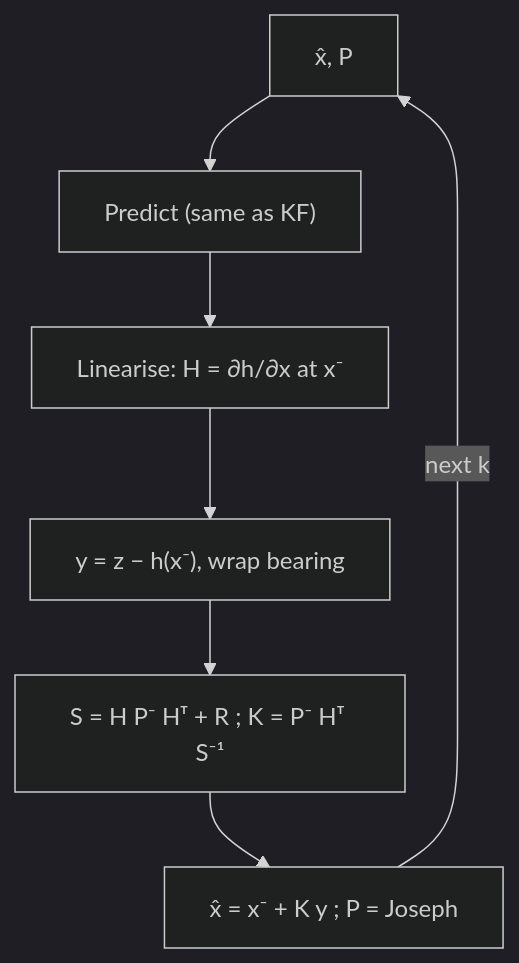
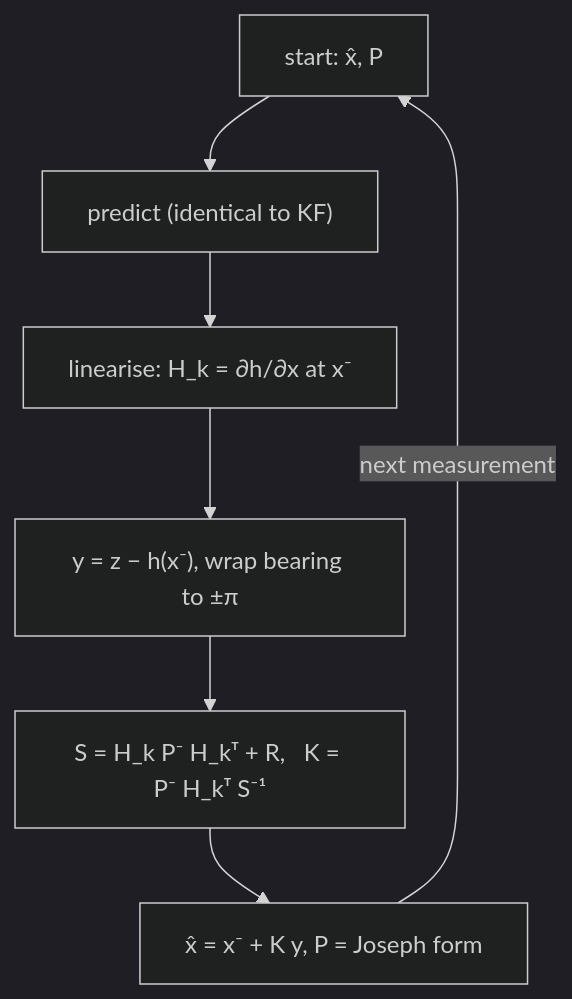
The third of 7 diagrams in golang/README.md (ursa-mikail/kalman_and_particle_filter_demo), drawn with Mermaid (dark theme) before and after one commit. The commit also changed other lines of this file, not shown here.

````diff
--- a/golang/README.md
+++ b/golang/README.md
@@ -82,9 +201,9 @@
 ```mermaid
 flowchart TD
-  S0["x̂, P"] --> P["Predict (same as KF)"]
-  P --> L["Linearise: H = ∂h/∂x at x⁻"]
-  L --> Y["y = z − h(x⁻), wrap bearing"]
-  Y --> K["S = H P⁻ Hᵀ + R ; K = P⁻ Hᵀ S⁻¹"]
-  K --> U["x̂ = x⁻ + K y ; P = Joseph"]
-  U -->|next k| S0
+  S0["start: x̂, P"] --> P["predict (identical to KF)"]
+  P --> L["linearise: H_k = ∂h/∂x at x⁻"]
+  L --> Y["y = z − h(x⁻), wrap bearing to ±π"]
+  Y --> K["S = H_k P⁻ H_kᵀ + R,   K = P⁻ H_kᵀ S⁻¹"]
+  K --> U["x̂ = x⁻ + K y,   P = Joseph form"]
+  U -->|"next measurement"| S0
 ```
````
